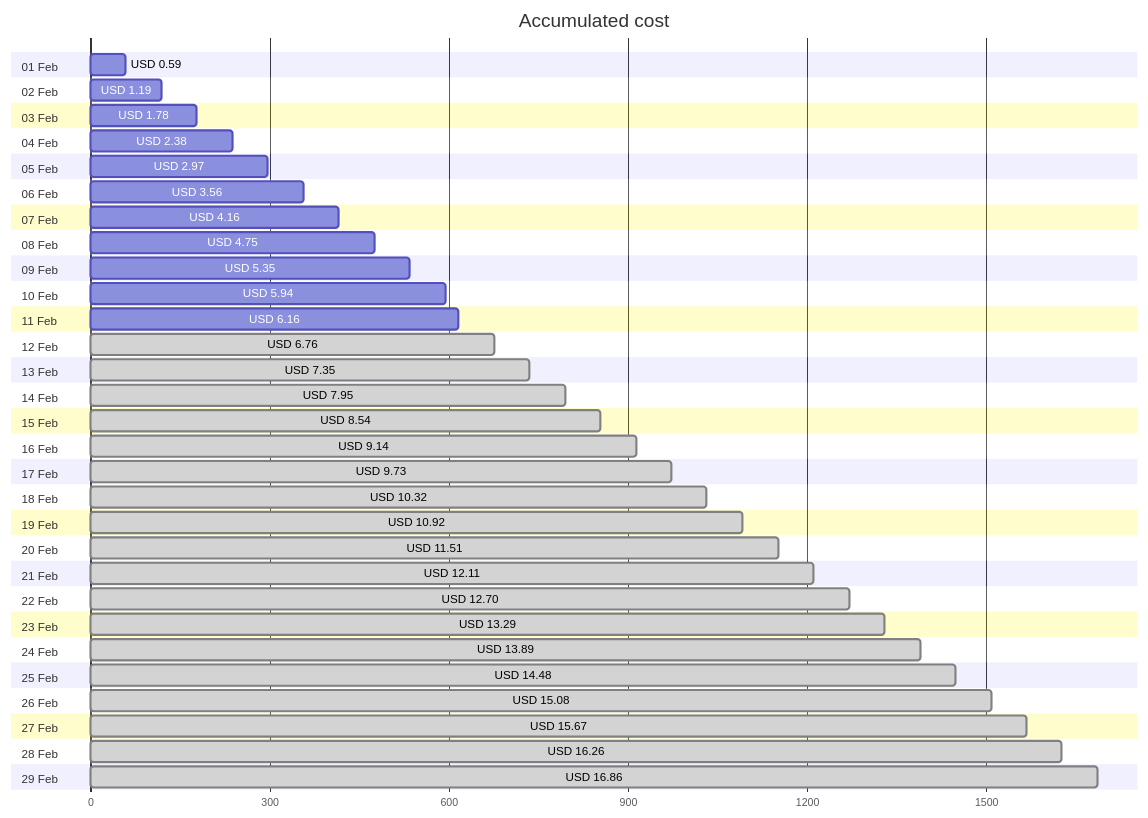
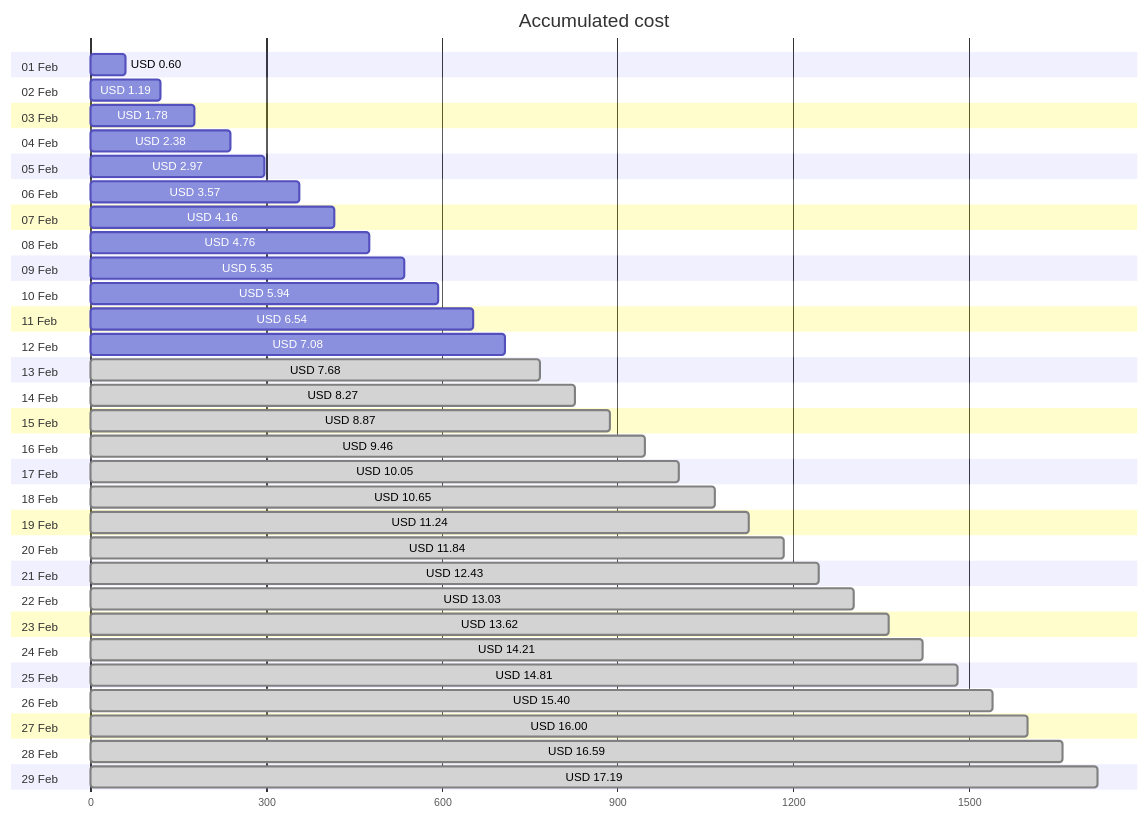
The first of 4 diagrams in cost-reports/personal-site/README.md (jpfulton/azure-personal-reports), drawn with Mermaid before and after one commit. The commit also changed other lines of this file and 6 other files, not shown here.

````diff
--- a/cost-reports/personal-site/README.md
+++ b/cost-reports/personal-site/README.md
@@ -20,64 +20,64 @@
 ```mermaid
 gantt
    title Accumulated cost
    dateFormat  X
    axisFormat %s
    section 01 Feb
-   USD 0.59 :0, 59
+   USD 0.60 :0, 60
    section 02 Feb
    USD 1.19 :0, 119
    section 03 Feb
    USD 1.78 :0, 178
    section 04 Feb
    USD 2.38 :0, 238
    section 05 Feb
    USD 2.97 :0, 297
    section 06 Feb
-   USD 3.56 :0, 356
+   USD 3.57 :0, 357
    section 07 Feb
    USD 4.16 :0, 416
    section 08 Feb
-   USD 4.75 :0, 475
+   USD 4.76 :0, 476
    section 09 Feb
    USD 5.35 :0, 535
    section 10 Feb
    USD 5.94 :0, 594
    section 11 Feb
-   USD 6.16 :0, 616
+   USD 6.54 :0, 654
    section 12 Feb
-   USD 6.76 : done, 0, 676
+   USD 7.08 :0, 708
    section 13 Feb
-   USD 7.35 : done, 0, 735
+   USD 7.68 : done, 0, 768
    section 14 Feb
-   USD 7.95 : done, 0, 795
+   USD 8.27 : done, 0, 827
    section 15 Feb
-   USD 8.54 : done, 0, 854
+   USD 8.87 : done, 0, 887
    section 16 Feb
-   USD 9.14 : done, 0, 914
+   USD 9.46 : done, 0, 946
    section 17 Feb
-   USD 9.73 : done, 0, 973
+   USD 10.05 : done, 0, 1005
    section 18 Feb
-   USD 10.32 : done, 0, 1032
+   USD 10.65 : done, 0, 1065
    section 19 Feb
-   USD 10.92 : done, 0, 1092
+   USD 11.24 : done, 0, 1124
    section 20 Feb
-   USD 11.51 : done, 0, 1151
+   USD 11.84 : done, 0, 1184
    section 21 Feb
-   USD 12.11 : done, 0, 1211
+   USD 12.43 : done, 0, 1243
    section 22 Feb
-   USD 12.70 : done, 0, 1270
+   USD 13.03 : done, 0, 1303
    section 23 Feb
-   USD 13.29 : done, 0, 1329
+   USD 13.62 : done, 0, 1362
    section 24 Feb
-   USD 13.89 : done, 0, 1389
+   USD 14.21 : done, 0, 1421
    section 25 Feb
-   USD 14.48 : done, 0, 1448
+   USD 14.81 : done, 0, 1481
    section 26 Feb
-   USD 15.08 : done, 0, 1508
+   USD 15.40 : done, 0, 1540
    section 27 Feb
-   USD 15.67 : done, 0, 1567
+   USD 16.00 : done, 0, 1600
    section 28 Feb
-   USD 16.26 : done, 0, 1626
+   USD 16.59 : done, 0, 1659
    section 29 Feb
-   USD 16.86 : done, 0, 1686
+   USD 17.19 : done, 0, 1719
 ```
````
